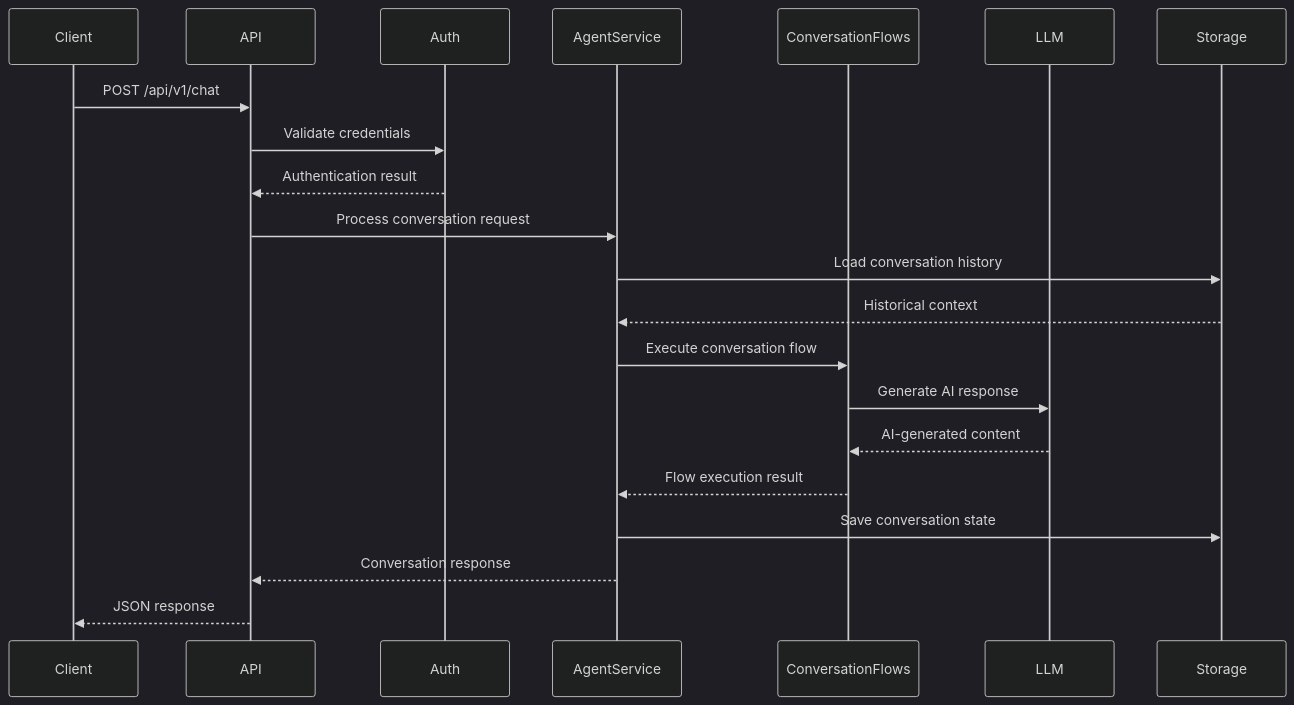
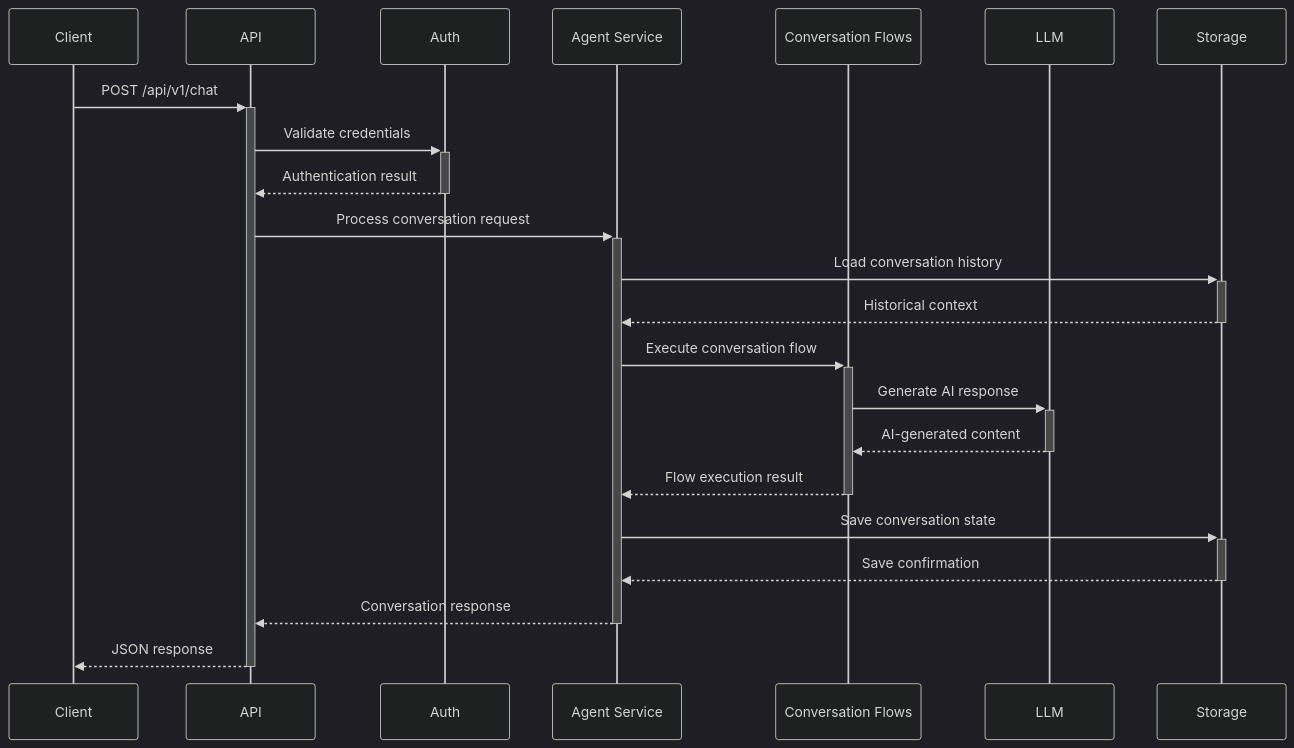
The second of 8 diagrams in docs/architecture.md (renz-adarayan/ingenious), drawn with Mermaid (dark theme) before and after one commit. The commit also changed other lines of this file and 8 other files, not shown here.

````diff
--- a/docs/architecture.md
+++ b/docs/architecture.md
@@ -172,28 +160,29 @@
 ```mermaid
 sequenceDiagram
-    participant Client
-    participant API
-    participant Auth
-    participant AgentService
-    participant ConversationFlows
-    participant LLM
-    participant Storage
+    participant Client as Client
+    participant API as API
+    participant Auth as Auth
+    participant AgentService as Agent Service
+    participant ConversationFlows as Conversation Flows
+    participant LLM as LLM
+    participant Storage as Storage
 
-    Client->>API: POST /api/v1/chat
-    API->>Auth: Validate credentials
-    Auth-->>API: Authentication result
+    Client->>+API: POST /api/v1/chat
+    API->>+Auth: Validate credentials
+    Auth-->>-API: Authentication result
 
-    API->>AgentService: Process conversation request
-    AgentService->>Storage: Load conversation history
-    Storage-->>AgentService: Historical context
+    API->>+AgentService: Process conversation request
+    AgentService->>+Storage: Load conversation history
+    Storage-->>-AgentService: Historical context
 
-    AgentService->>ConversationFlows: Execute conversation flow
-    ConversationFlows->>LLM: Generate AI response
-    LLM-->>ConversationFlows: AI-generated content
+    AgentService->>+ConversationFlows: Execute conversation flow
+    ConversationFlows->>+LLM: Generate AI response
+    LLM-->>-ConversationFlows: AI-generated content
 
-    ConversationFlows-->>AgentService: Flow execution result
-    AgentService->>Storage: Save conversation state
-    AgentService-->>API: Conversation response
+    ConversationFlows-->>-AgentService: Flow execution result
+    AgentService->>+Storage: Save conversation state
+    Storage-->>-AgentService: Save confirmation
+    AgentService-->>-API: Conversation response
 
-    API-->>Client: JSON response
+    API-->>-Client: JSON response
 ```
````
